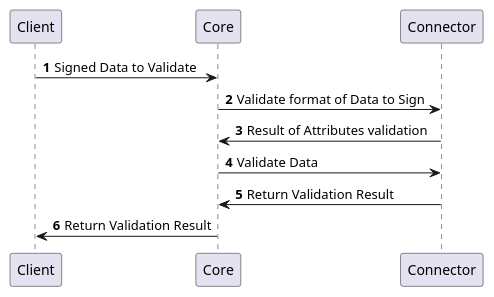
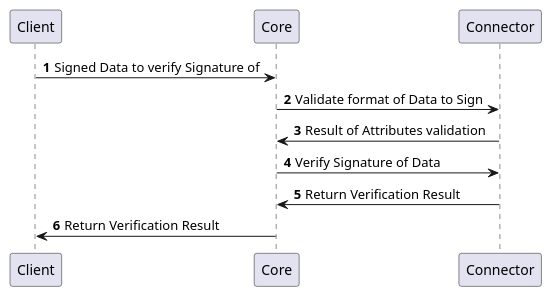
One commit to KaterinaBzatkova/CZERTAINLY-Documentation changed the tenth of 10 diagrams in docs/10-certificate-key/12-connectors/31-signature-provider.md. Above: the diagram before and after it, drawn with PlantUML. The commit also changed other lines of this file, not shown here.

````diff
--- a/docs/10-certificate-key/12-connectors/31-signature-provider.md
+++ b/docs/10-certificate-key/12-connectors/31-signature-provider.md
@@ -194,12 +265,12 @@
 ```plantuml
     @startuml
     autonumber
     skinparam topurl https://docs.czertainly.com/api/
-        Client -> Core [[core-client-operations/#tag/v2-Client-Operations/operation/revokeCertificate]]: Signed Data to Validate
+        Client -> Core [[core-client-operations/#tag/v2-Client-Operations/operation/revokeCertificate]]: Signed Data to verify Signature of
         Core -> Connector [[connector-authority-provider-v2/#tag/Certificate-Management/operation/validateRevokeCertificateAttributes]]: Validate format of Data to Sign
         Connector -> Core: Result of Attributes validation
-        Core -> Connector [[connector-authority-provider-v2/#tag/Certificate-Management/operation/revokeCertificate]]: Validate Data
-        Connector -> Core: Return Validation Result
-        Core -> Client: Return Validation Result
+        Core -> Connector [[connector-authority-provider-v2/#tag/Certificate-Management/operation/revokeCertificate]]: Verify Signature of Data
+        Connector -> Core: Return Verification Result
+        Core -> Client: Return Verification Result
     @enduml
 ```
````
